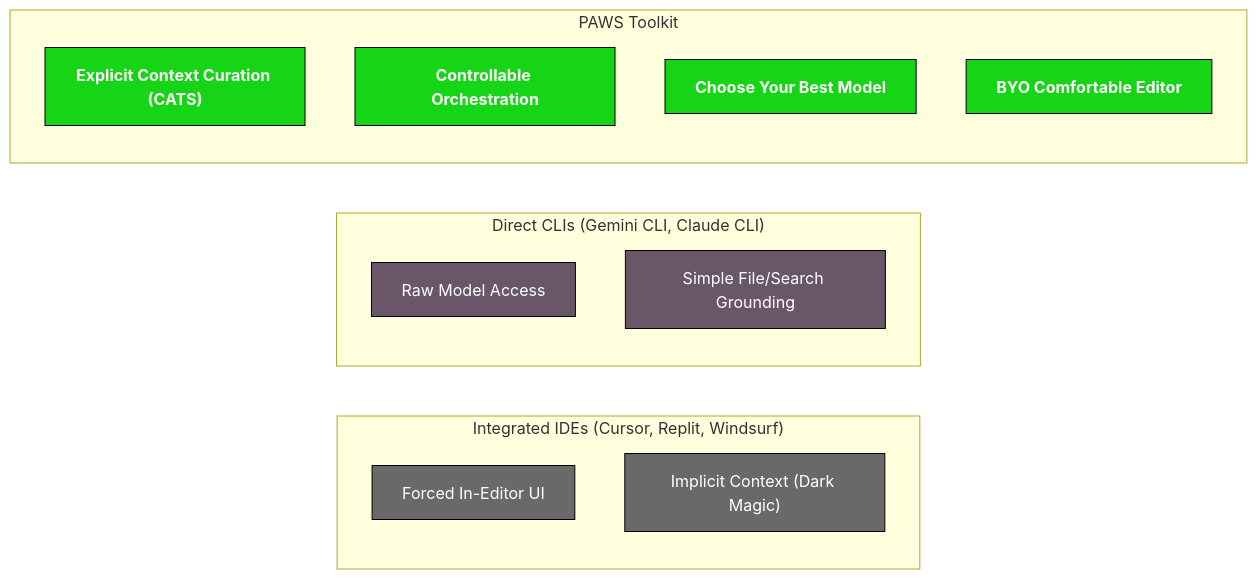
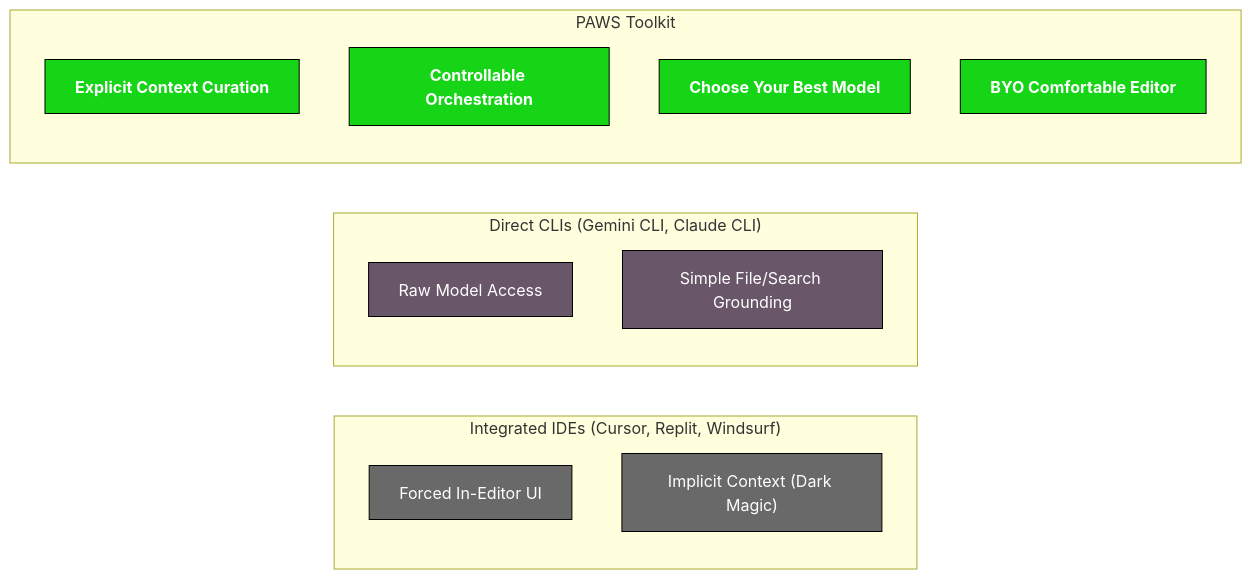
One commit to clocksmith/paws changed the first of 3 diagrams in README.md. Above: the diagram before and after it, drawn with Mermaid.

````diff
--- a/README.md
+++ b/README.md
@@ -13,24 +13,24 @@
 ```mermaid
 graph LR
     subgraph "Integrated IDEs (Cursor, Replit, Windsurf)"
         A1["Forced In-Editor UI"]
         A2["Implicit Context (Dark Magic)"]
     end
     subgraph "Direct CLIs (Gemini CLI, Claude CLI)"
         B1["Raw Model Access"]
         B2["Simple File/Search Grounding"]
     end
     subgraph "PAWS Toolkit"
-        C1["<b>Explicit Context Curation (CATS)</b>"]
+        C1["<b>Explicit Context Curation</b>"]
         C2["<b>Controllable Orchestration</b>"]
         C3["<b>Choose Your Best Model</b>"]
         C4["<b>BYO Comfortable Editor</b>"]
     end
 
     classDef paws fill:#16D416,stroke:#000,color:#fff;
     classDef ide fill:#696969,stroke:#000,color:#fff;
     classDef cli fill:#695669,stroke:#000,color:#fff;
     class A1,A2 ide;
     class B1,B2 cli;
     class C1,C2,C3,C4 paws;
 ```
````
